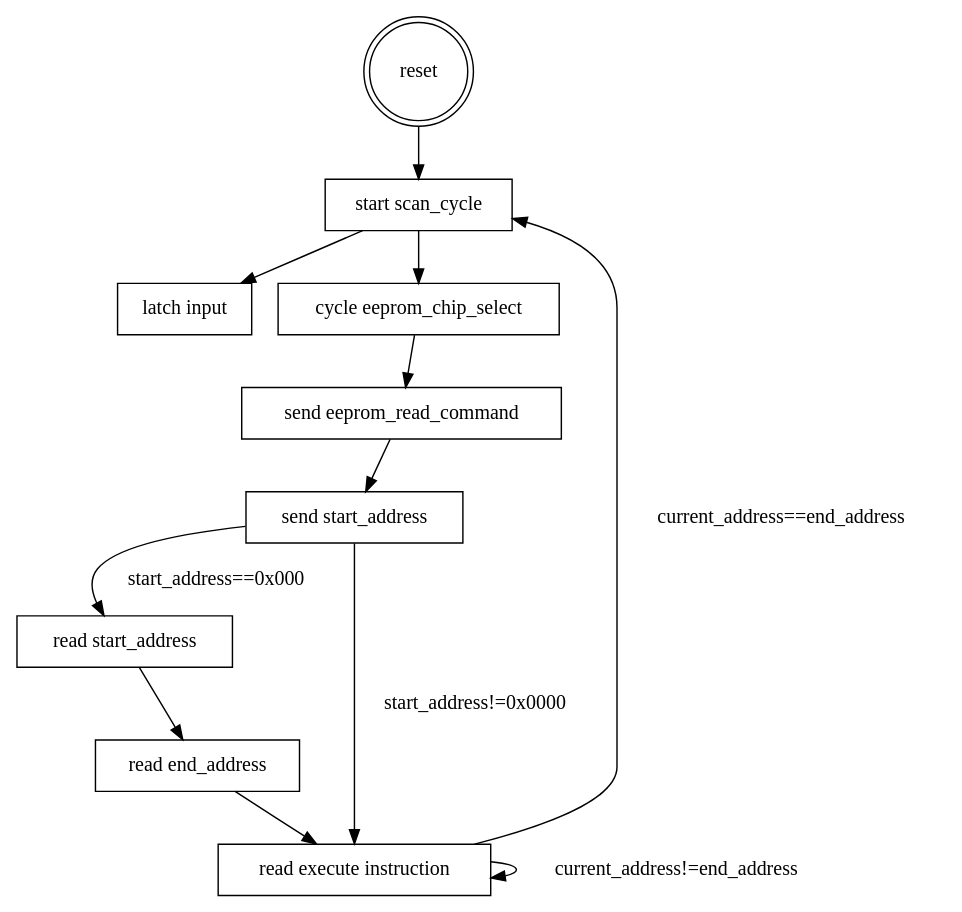
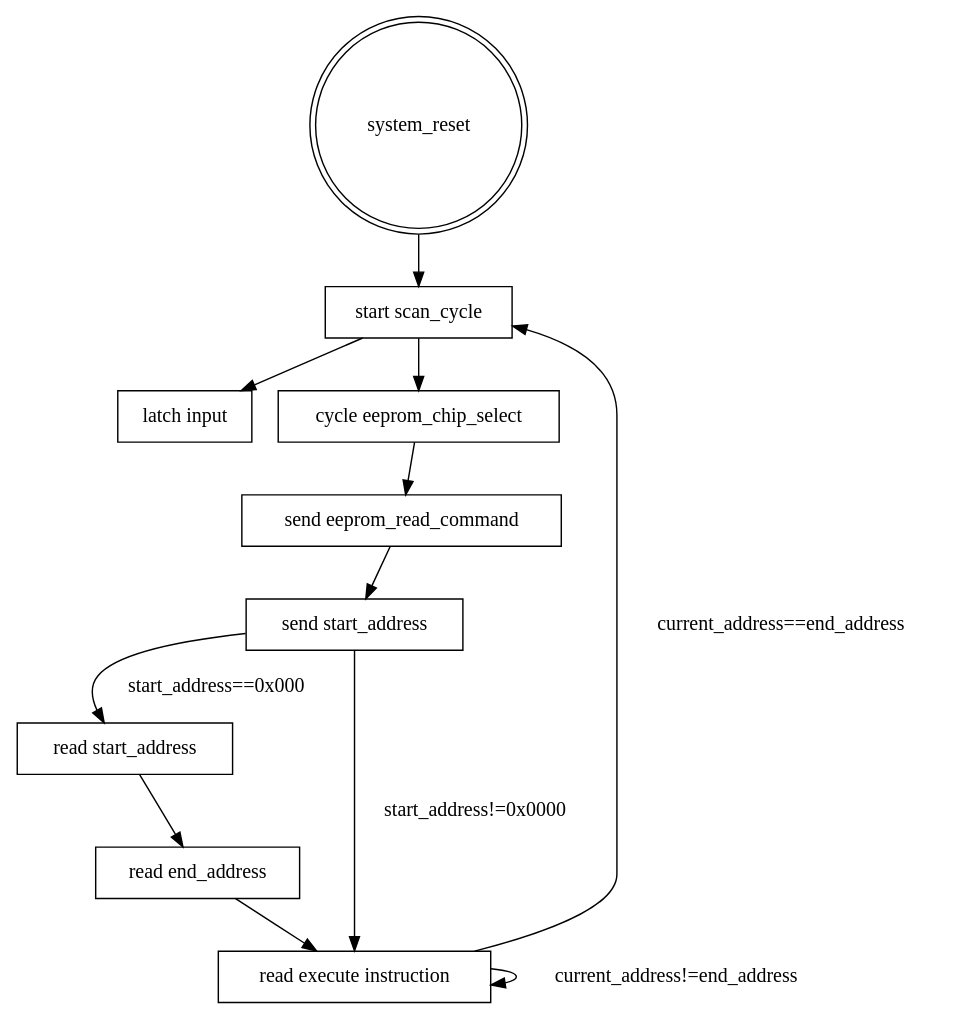
Before and after one commit to jimktrains/vslc-tto: the diagram in docs/src/01-how-it-works.md, drawn with Graphviz. The commit also changed other lines of this file and 2 other files, not shown here.

````diff
--- a/docs/src/01-how-it-works.md
+++ b/docs/src/01-how-it-works.md
@@ -32,18 +49,18 @@
 ```dot process
 digraph {
     rankdir="TB";
     node [shape="box"];
-    reset [shape = doublecircle];
-    reset -> "start scan_cycle";
+    system_reset [shape = doublecircle];
+    system_reset -> "start scan_cycle";
     "start scan_cycle" -> "latch input";
     "start scan_cycle" -> "cycle eeprom_chip_select";
     "cycle eeprom_chip_select" -> "send eeprom_read_command";
     "send eeprom_read_command" -> "send start_address";
     "send start_address" -> "read start_address" [label="start_address==0x000"];
     "read start_address" -> "read end_address";
     "read end_address" -> "read execute instruction";
     "send start_address" -> "read execute instruction" [label="start_address!=0x0000"];
     "read execute instruction" -> "read execute instruction" [label="current_address!=end_address"];
     "read execute instruction" -> "start scan_cycle" [label="current_address==end_address"];
 }
 ```
````
